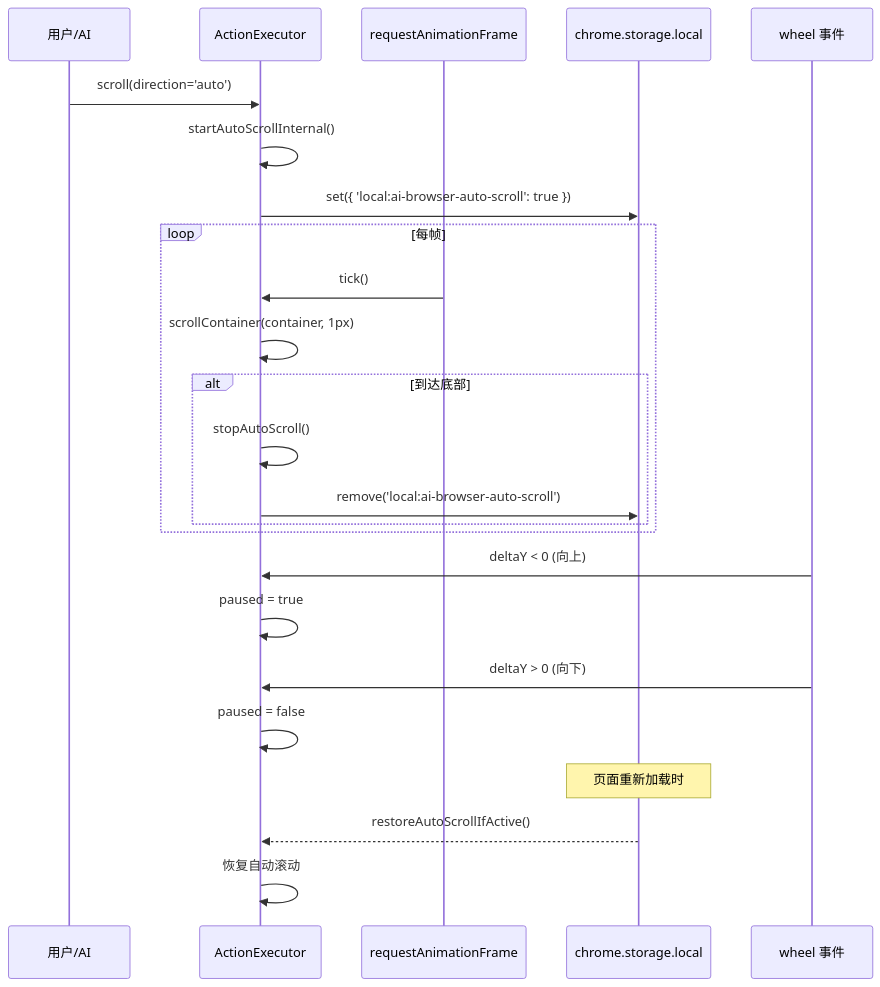
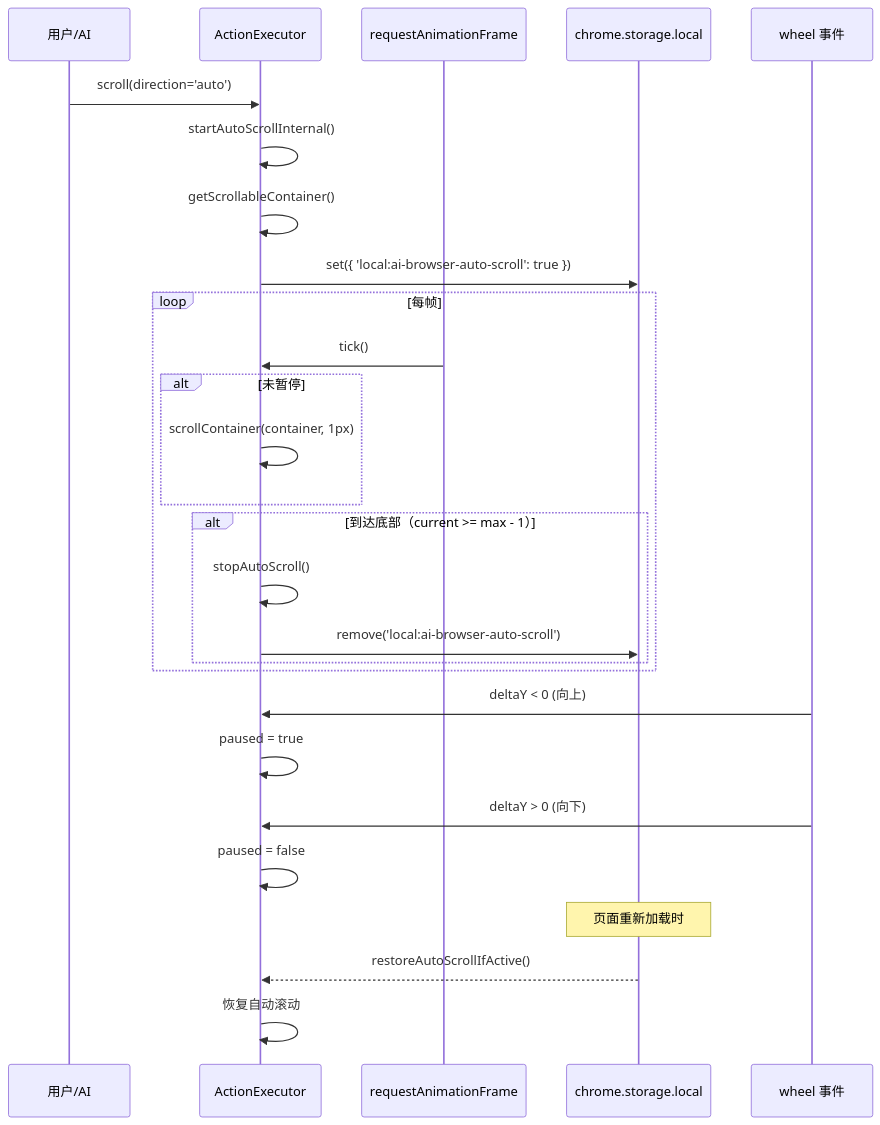
Before and after one commit to zw123zw/ai-browser: the sixth of 7 diagrams in docs/architecture/browser-command.md, drawn with Mermaid. The commit also changed other lines of this file and 12 other files, not shown here.

````diff
--- a/docs/architecture/browser-command.md
+++ b/docs/architecture/browser-command.md
@@ -730,31 +1193,34 @@
 ```mermaid
 sequenceDiagram
     participant User as 用户/AI
     participant AE as ActionExecutor
     participant RAF as requestAnimationFrame
     participant Storage as chrome.storage.local
     participant Wheel as wheel 事件
 
     User->>AE: scroll(direction='auto')
     AE->>AE: startAutoScrollInternal()
+    AE->>AE: getScrollableContainer()
     AE->>Storage: set({ 'local:ai-browser-auto-scroll': true })
 
     loop 每帧
         RAF->>AE: tick()
-        AE->>AE: scrollContainer(container, 1px)
-        alt 到达底部
+        alt 未暂停
+            AE->>AE: scrollContainer(container, 1px)
+        end
+        alt 到达底部（current >= max - 1）
             AE->>AE: stopAutoScroll()
             AE->>Storage: remove('local:ai-browser-auto-scroll')
         end
     end
 
     Wheel->>AE: deltaY < 0 (向上)
     AE->>AE: paused = true
 
     Wheel->>AE: deltaY > 0 (向下)
     AE->>AE: paused = false
 
     Note over Storage: 页面重新加载时
     Storage-->>AE: restoreAutoScrollIfActive()
     AE->>AE: 恢复自动滚动
 ```
````
